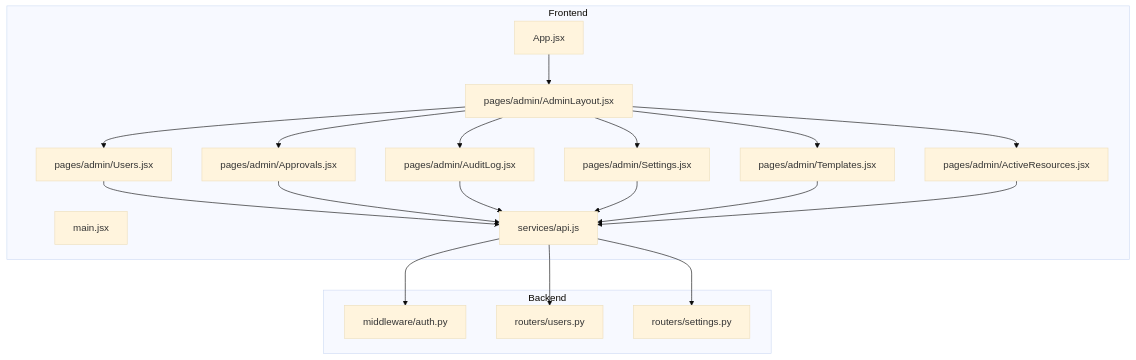
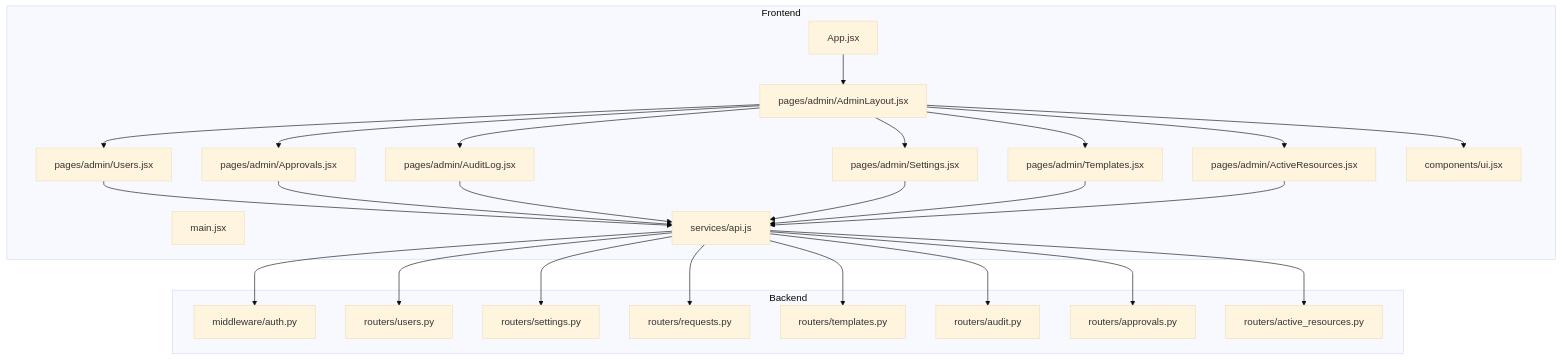
Before and after one commit to 14Lucifer/hackathon_ecs_creator: the first of 3 diagrams in .qoder/repowiki/en/content/Frontend Development/Page Components & Routing/Admin Layout & Navigation.md, drawn with Mermaid (base theme). The commit also changed other lines of this file and 120 other files, not shown here.

````diff
--- a/.qoder/repowiki/en/content/Frontend Development/Page Components & Routing/Admin Layout & Navigation.md
+++ b/.qoder/repowiki/en/content/Frontend Development/Page Components & Routing/Admin Layout & Navigation.md
@@ -38,36 +46,48 @@
 ```mermaid
 graph TB
 subgraph "Frontend"
 A["App.jsx"]
 B["main.jsx"]
 C["pages/admin/AdminLayout.jsx"]
 D["pages/admin/Users.jsx"]
 E["pages/admin/Approvals.jsx"]
 F["pages/admin/AuditLog.jsx"]
 G["pages/admin/Settings.jsx"]
 H["pages/admin/Templates.jsx"]
 I["pages/admin/ActiveResources.jsx"]
 J["services/api.js"]
+K["components/ui.jsx"]
 end
 subgraph "Backend"
-K["middleware/auth.py"]
-L["routers/users.py"]
-M["routers/settings.py"]
+L["middleware/auth.py"]
+M["routers/users.py"]
+N["routers/settings.py"]
+O["routers/requests.py"]
+P["routers/templates.py"]
+Q["routers/audit.py"]
+R["routers/approvals.py"]
+S["routers/active_resources.py"]
 end
 A --> C
 C --> D
 C --> E
 C --> F
 C --> G
 C --> H
 C --> I
+C --> K
 D --> J
 E --> J
 F --> J
 G --> J
 H --> J
 I --> J
-J --> K
 J --> L
 J --> M
+J --> N
+J --> O
+J --> P
+J --> Q
+J --> R
+J --> S
 ```
````
